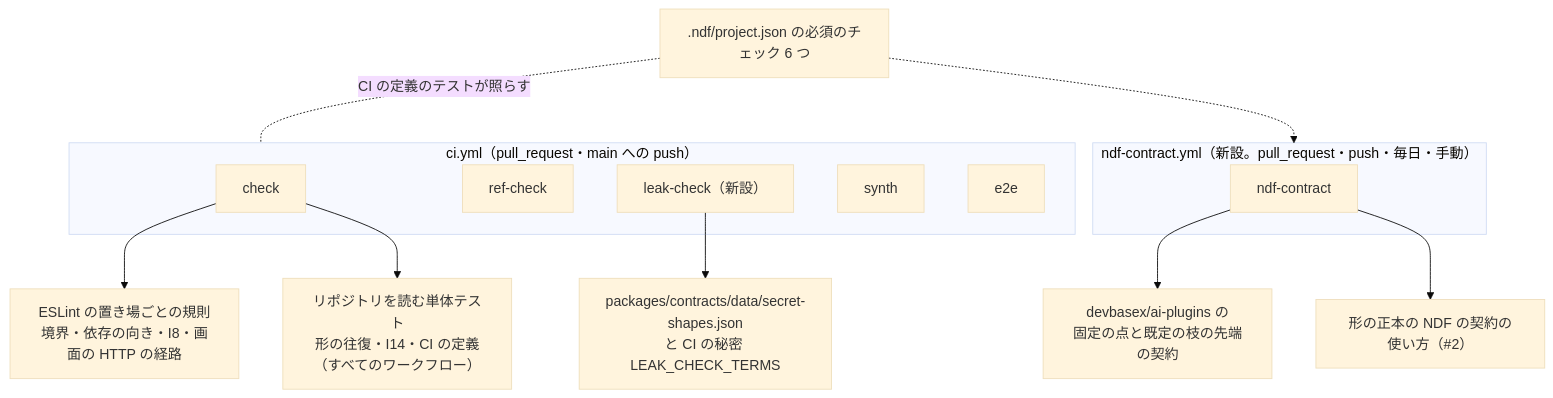
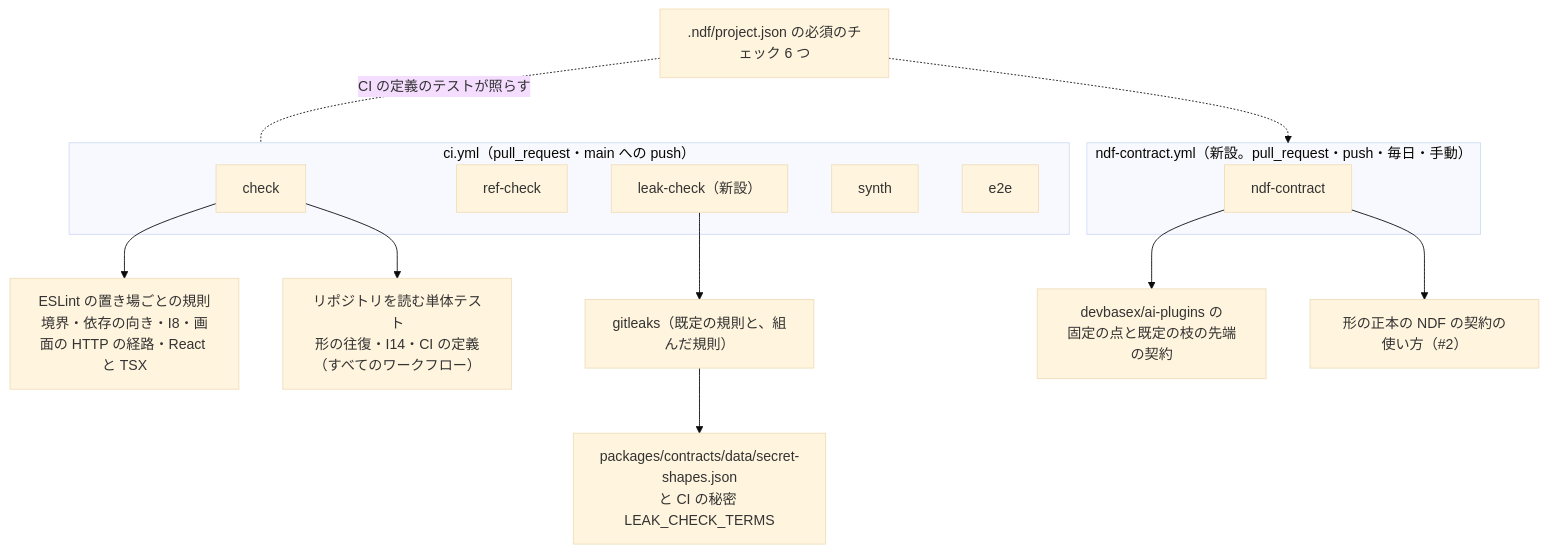
Before and after one commit to devbasex/nd-factory: the second of 2 diagrams in issues/issue-1-design.md, drawn with Mermaid (base theme). The commit also changed other lines of this file and 1 other file, not shown here.

First line of the commit message:
Docs: #1 の設計を MVV 版 2 と決定 140 の改めに合わせる（漏れの検査を gitleaks に、ワークフローを YAML の解析器で読み、画面の外の React と TSX を落とす）（#1）

````diff
--- a/issues/issue-1-design.md
+++ b/issues/issue-1-design.md
@@ -45,20 +46,21 @@
 ```mermaid
 flowchart TB
     subgraph ci["ci.yml（pull_request・main への push）"]
         check["check"]
         ref["ref-check"]
         leak["leak-check（新設）"]
         synth["synth"]
         e2e["e2e"]
     end
     subgraph nc["ndf-contract.yml（新設。pull_request・push・毎日・手動）"]
         ndfc["ndf-contract"]
     end
-    check --> lint["ESLint の置き場ごとの規則<br/>境界・依存の向き・I8・画面の HTTP の経路"]
+    check --> lint["ESLint の置き場ごとの規則<br/>境界・依存の向き・I8・画面の HTTP の経路・React と TSX"]
     check --> unit["リポジトリを読む単体テスト<br/>形の往復・I14・CI の定義（すべてのワークフロー）"]
-    leak --> shapes["packages/contracts/data/secret-shapes.json<br/>と CI の秘密 LEAK_CHECK_TERMS"]
+    leak --> gl["gitleaks（既定の規則と、組んだ規則）"]
+    gl --> shapes["packages/contracts/data/secret-shapes.json<br/>と CI の秘密 LEAK_CHECK_TERMS"]
     ndfc --> up["devbasex/ai-plugins の<br/>固定の点と既定の枝の先端の契約"]
     ndfc --> use["形の正本の NDF の契約の使い方（#2）"]
     decl[".ndf/project.json の必須のチェック 6 つ"] -.CI の定義のテストが照らす.- ci
     decl -.-> nc
 ```
````
